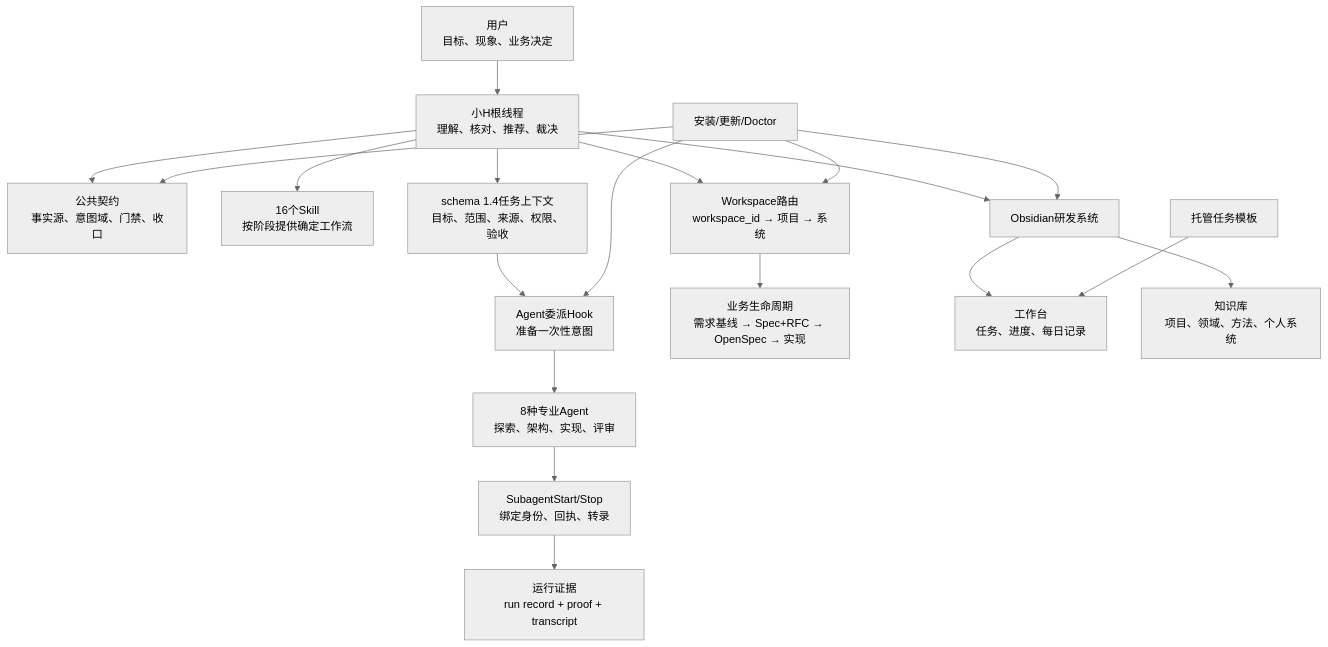
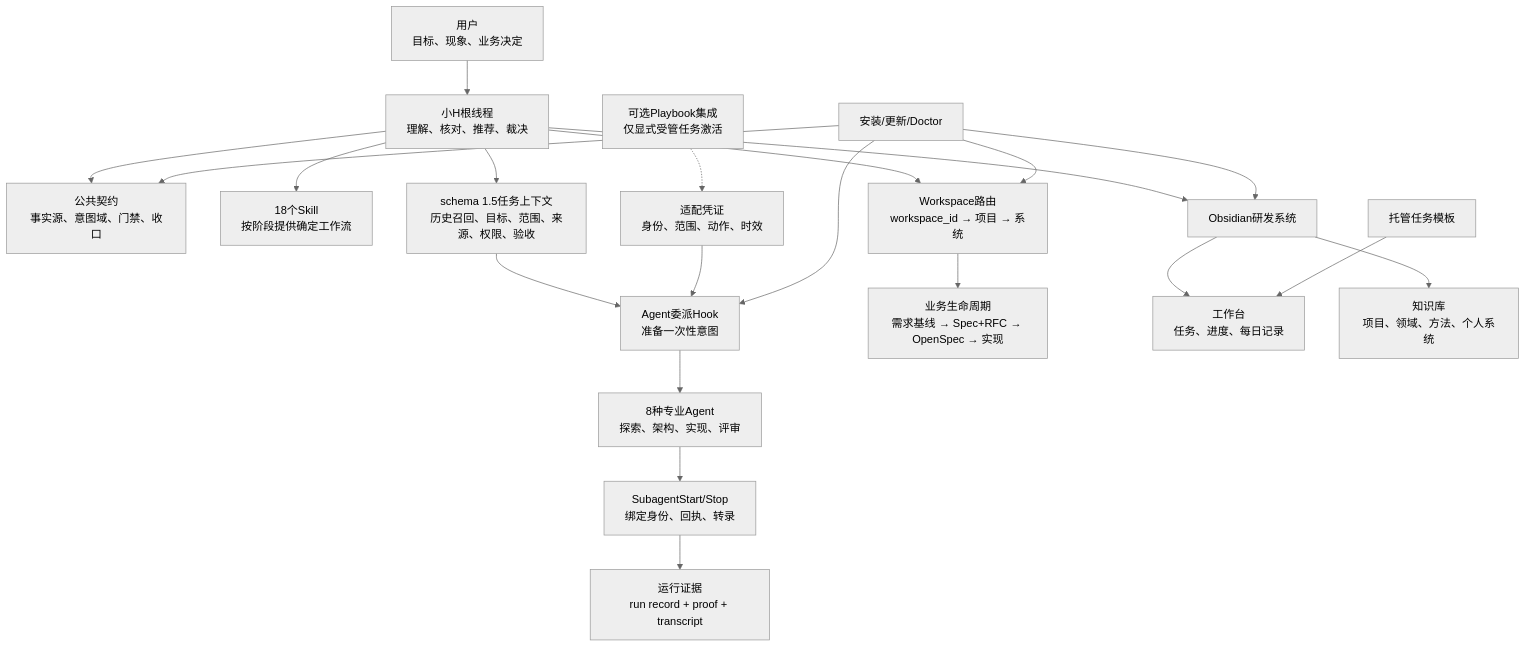
One commit to winnnnnnk/littleH changed the first of 4 diagrams in docs/implementation-design.md. Above: the diagram before and after it, drawn with Mermaid (neutral theme). The commit also changed other lines of this file and 27 other files, not shown here.

````diff
--- a/docs/implementation-design.md
+++ b/docs/implementation-design.md
@@ -58,26 +58,28 @@
 ```mermaid
 flowchart TB
     U["用户<br/>目标、现象、业务决定"] --> R["小H根线程<br/>理解、核对、推荐、裁决"]
 
     R --> C["公共契约<br/>事实源、意图域、门禁、收口"]
-    R --> S["16个Skill<br/>按阶段提供确定工作流"]
-    R --> T["schema 1.4任务上下文<br/>目标、范围、来源、权限、验收"]
+    R --> S["18个Skill<br/>按阶段提供确定工作流"]
+    R --> T["schema 1.5任务上下文<br/>历史召回、目标、范围、来源、权限、验收"]
 
     T --> H1["Agent委派Hook<br/>准备一次性意图"]
+    PB["可选Playbook集成<br/>仅显式受管任务激活"] -.-> PA["适配凭证<br/>身份、范围、动作、时效"]
+    PA --> H1
     H1 --> A["8种专业Agent<br/>探索、架构、实现、评审"]
     A --> H2["SubagentStart/Stop<br/>绑定身份、回执、转录"]
     H2 --> E["运行证据<br/>run record + proof + transcript"]
 
     R --> W["Workspace路由<br/>workspace_id → 项目 → 系统"]
     W --> P["业务生命周期<br/>需求基线 → Spec+RFC → OpenSpec → 实现"]
 
     R --> O["Obsidian研发系统"]
     O --> O1["工作台<br/>任务、进度、每日记录"]
     O --> O2["知识库<br/>项目、领域、方法、个人系统"]
 
     I["安装/更新/Doctor"] --> C
     I --> H1
     I --> W
     I --> O
     M["托管任务模板"] --> O1
 ```
````
